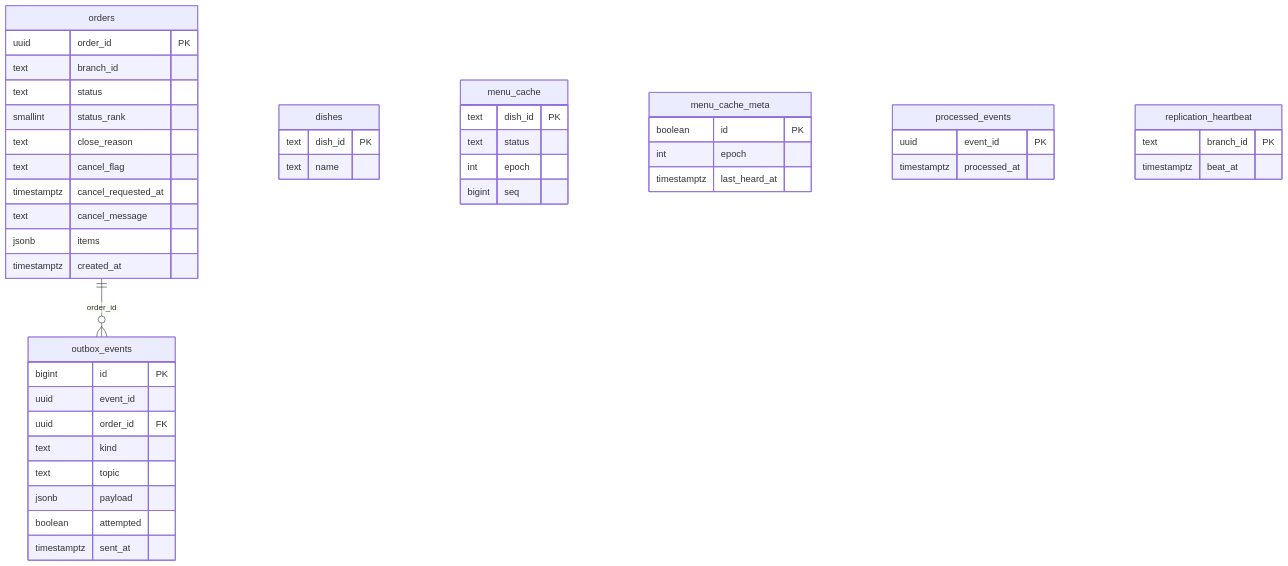
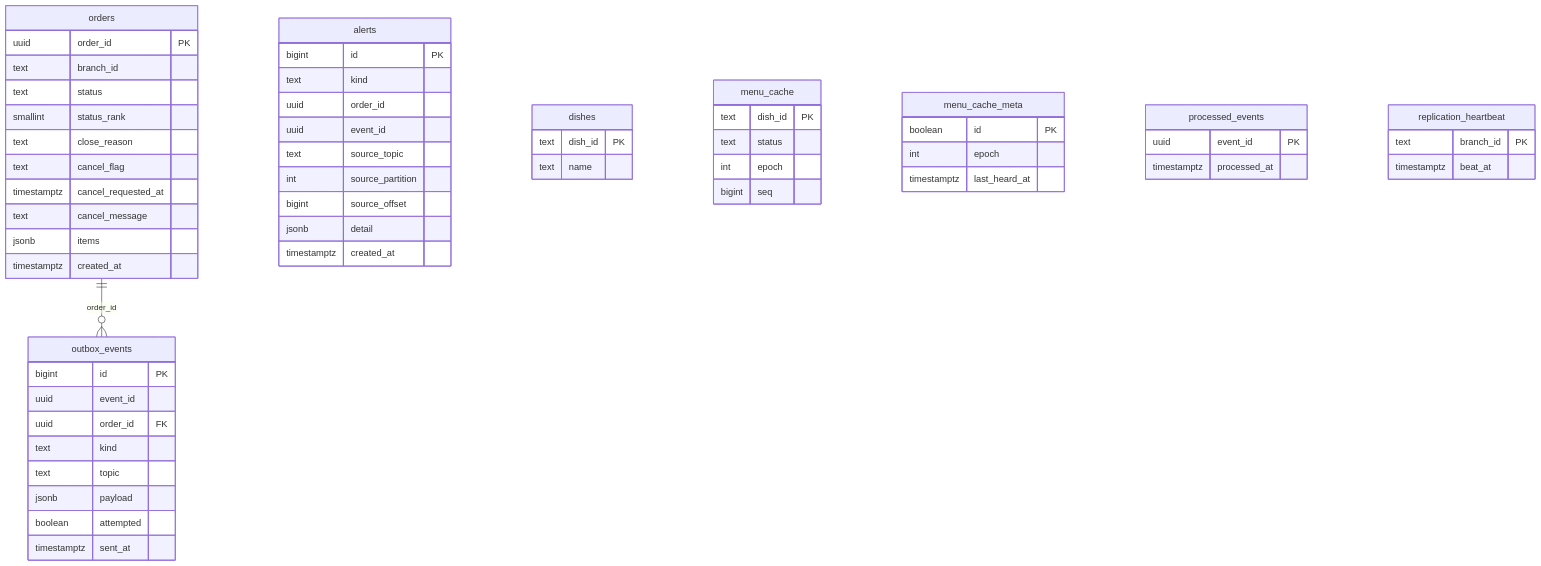
Before and after one commit to congdtptit/distributed-order-system: the third of 4 diagrams in report/generated/csdl.md, drawn with Mermaid. The commit also changed other lines of this file and 10 other files, not shown here.

````diff
--- a/report/generated/csdl.md
+++ b/report/generated/csdl.md
@@ -284,49 +284,60 @@
 ```mermaid
 erDiagram
     orders ||--o{ outbox_events : "order_id"
+    alerts {
+        bigint id PK
+        text kind
+        uuid order_id
+        uuid event_id
+        text source_topic
+        int source_partition
+        bigint source_offset
+        jsonb detail
+        timestamptz created_at
+    }
     dishes {
         text dish_id PK
         text name
     }
     menu_cache {
         text dish_id PK
         text status
         int epoch
         bigint seq
     }
     menu_cache_meta {
         boolean id PK
         int epoch
         timestamptz last_heard_at
     }
     orders {
         uuid order_id PK
         text branch_id
         text status
         smallint status_rank
         text close_reason
         text cancel_flag
         timestamptz cancel_requested_at
         text cancel_message
         jsonb items
         timestamptz created_at
     }
     outbox_events {
         bigint id PK
         uuid event_id
         uuid order_id FK
         text kind
         text topic
         jsonb payload
         boolean attempted
         timestamptz sent_at
     }
     processed_events {
         uuid event_id PK
         timestamptz processed_at
     }
     replication_heartbeat {
         text branch_id PK
         timestamptz beat_at
     }
 ```
````
